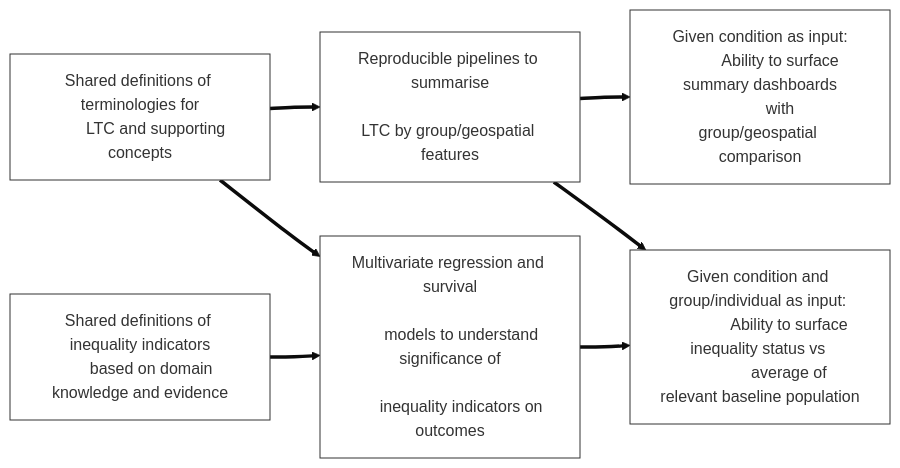
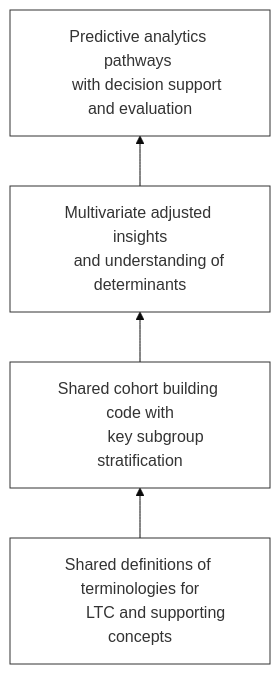
Before and after one commit to d3london/sde-aic: the third of 4 diagrams in docs/index.qmd, drawn with Mermaid (base theme). The commit also changed other lines of this file and 17 other files, not shown here.

````diff
--- a/docs/index.qmd
+++ b/docs/index.qmd
@@ -171,30 +147,23 @@
 ```{mermaid}
 %%| fig-width: 6
-%%| label: fig-rep-pipelines-inequality
-%%| fig-cap: "Outcomes in development workflow. LTC = long-term conditions."
-flowchart LR
+%%| label: fig-general-framework
+%%| fig-cap: "General framework for use-cases: moving towards advanced analytics"
+flowchart BT
     A["Shared definitions of terminologies for
-        LTC and supporting concepts"] ==> A1["Reproducible pipelines to summarise
-                                            LTC by group/geospatial features"]
+        LTC and supporting concepts"]
 
-    A1 ==> A2["Given condition as input:
-          Ability to surface summary dashboards
-          with group/geospatial comparison"]
+    B["Shared cohort building code with
+        key subgroup stratification"]
 
-    B["Shared definitions of inequality indicators
-      based on domain knowledge and evidence"] ==> B1["Multivariate regression and survival
-                                                  models to understand significance of
-                                                  inequality indicators on outcomes"]
-
-    A ==> B1
-
-    A1 ==> B2
-
-    B1==>B2["Given condition and group/individual as input: 
-              Ability to surface inequality status vs 
-              average of relevant baseline population"]
+    C["Multivariate adjusted insights
+     and understanding of determinants"]
+    
+    D["Predictive analytics pathways 
+    with decision support and evaluation"]
+    
+    A --> B --> C --> D
 
     classDef gray fill:#fff, stroke:#333, stroke-width:1px
 
-    class A,A1,A2,B,B1,B2 gray
+    class A,B,C,D gray
 ```
````
